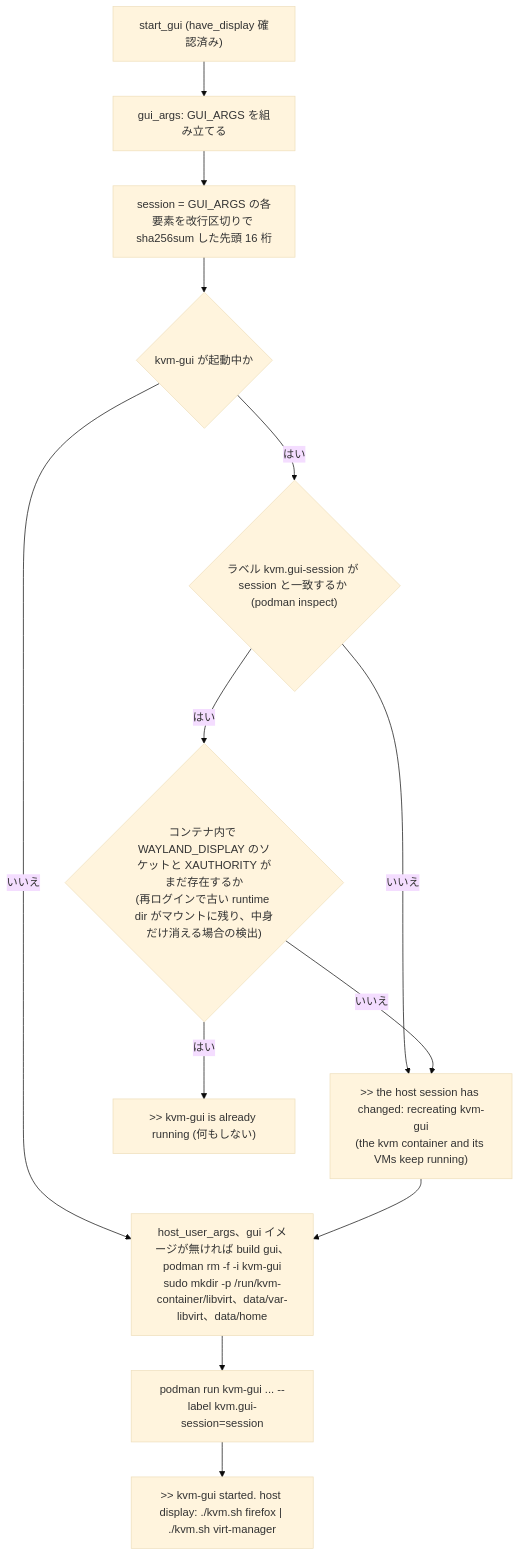
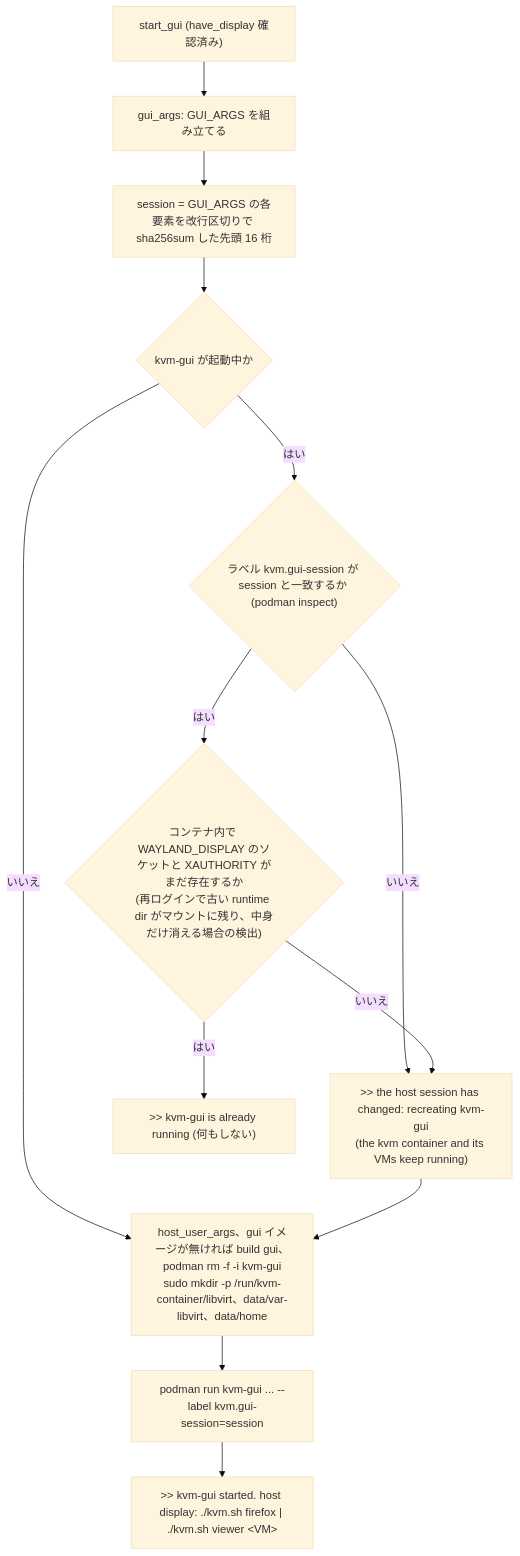
One commit to ryo-aoki-pc/kvm-container changed diagram 15 of 22 in docs/SPEC.md. Above: the diagram before and after it, drawn with Mermaid (base theme). The commit also changed other lines of this file and 6 other files, not shown here.

First line of the commit message:
virt-manager を削除する (#24)

````diff
--- a/docs/SPEC.md
+++ b/docs/SPEC.md
@@ -777,14 +772,14 @@
 ```mermaid
 flowchart TD
   s["start_gui (have_display 確認済み)"] --> ga["gui_args: GUI_ARGS を組み立てる"] --> h["session = GUI_ARGS の各要素を改行区切りで sha256sum した先頭 16 桁"]
   h --> r{"kvm-gui が起動中か"}
   r -->|"いいえ"| c
   r -->|"はい"| l{"ラベル kvm.gui-session が session と一致するか (podman inspect)"}
   l -->|"いいえ"| c2
   l -->|"はい"| e{"コンテナ内で WAYLAND_DISPLAY のソケットと XAUTHORITY がまだ存在するか<br/>(再ログインで古い runtime dir がマウントに残り、中身だけ消える場合の検出)"}
   e -->|"はい"| ok[">> kvm-gui is already running (何もしない)"]
   e -->|"いいえ"| c2[">> the host session has changed: recreating kvm-gui<br/>(the kvm container and its VMs keep running)"]
   c2 --> c["host_user_args、gui イメージが無ければ build gui、podman rm -f -i kvm-gui<br/>sudo mkdir -p /run/kvm-container/libvirt、data/var-libvirt、data/home"]
   c --> run["podman run kvm-gui ... --label kvm.gui-session=session"]
-  run --> msg[">> kvm-gui started. host display: ./kvm.sh firefox | ./kvm.sh virt-manager"]
+  run --> msg[">> kvm-gui started. host display: ./kvm.sh firefox | ./kvm.sh viewer &lt;VM&gt;"]
 ```
````
